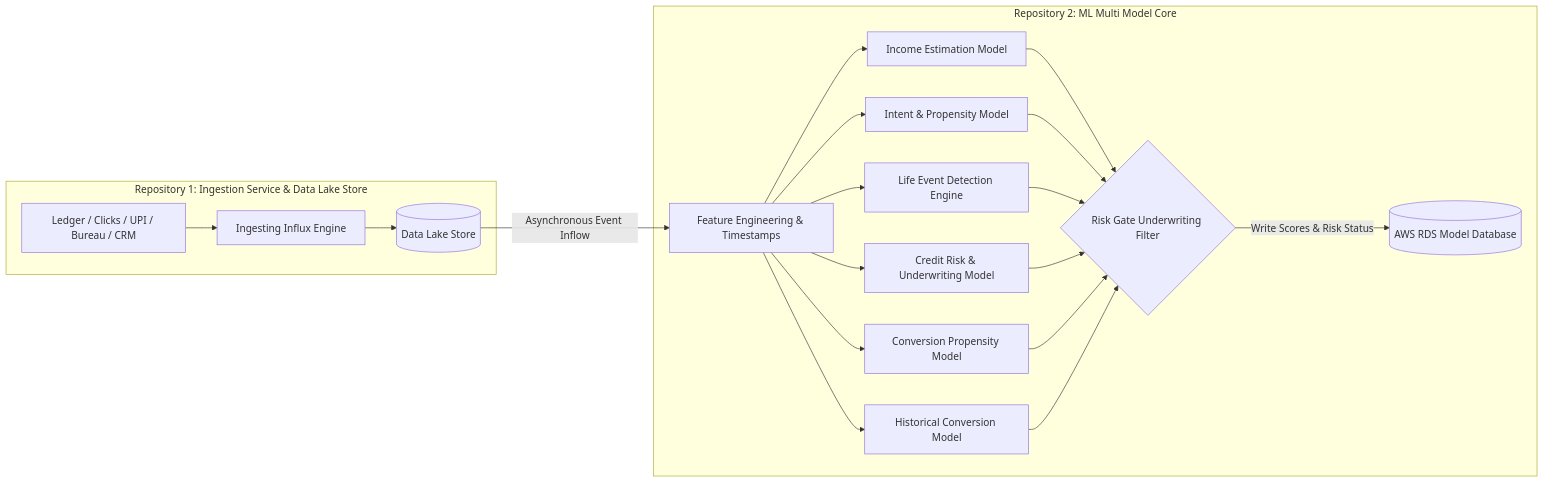
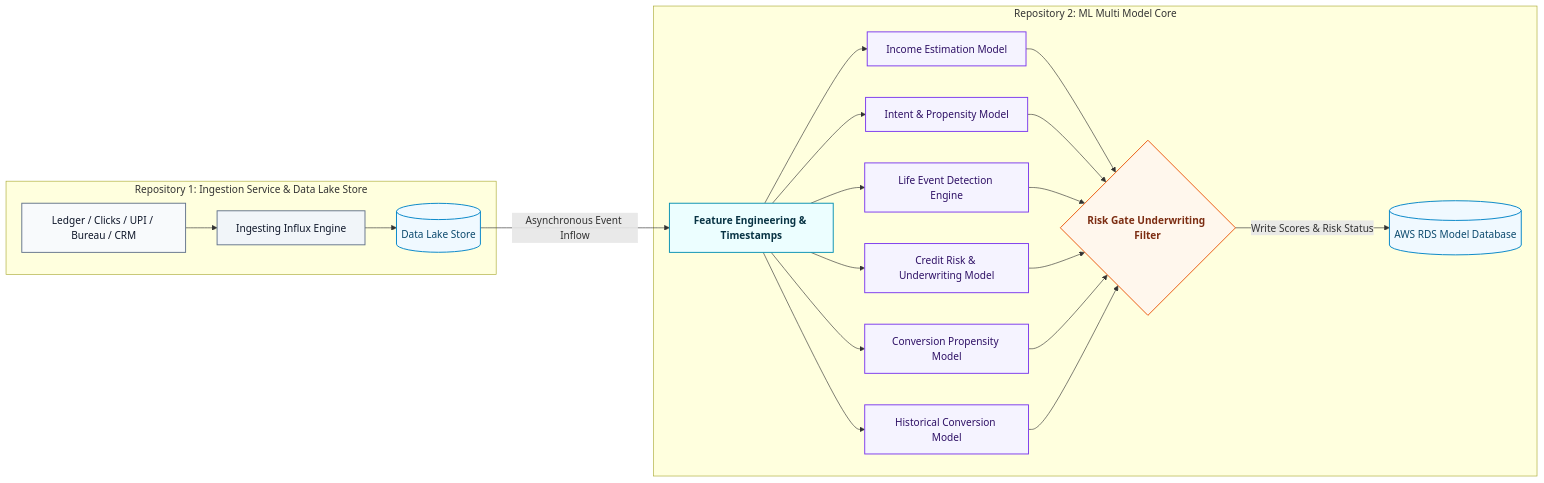
The second of 3 diagrams in README.md (chiraghs/Alpha-Fin), drawn with Mermaid before and after one commit. The commit also changed other lines of this file, not shown here.

Commit message:
Update Mermaid System architecture

````diff
--- a/README.md
+++ b/README.md
@@ -131,40 +148,55 @@
 ```mermaid
 graph LR
     %% REPOSITORIES 1 & 2: DATA & MODEL PIPELINES (Side-by-Side)
     subgraph Repo1 ["Repository 1: Ingestion Service & Data Lake Store"]
         Feeds["Ledger / Clicks / UPI / Bureau / CRM"] --> Ingest["Ingesting Influx Engine"]
         Ingest --> Lake[(Data Lake Store)]
     end
 
     subgraph Repo2 ["Repository 2: ML Multi Model Core"]
         FE["Feature Engineering & Timestamps"]
         
         Income["Income Estimation Model"]
         Intent["Intent & Propensity Model"]
         LifeEvents["Life Event Detection Engine"]
         RiskModel["Credit Risk & Underwriting Model"]
         Conversion["Conversion Propensity Model"]
         History["Historical Conversion Model"]
         
         %% Feature Engineering branches out to each model
         FE --> Income
         FE --> Intent
         FE --> LifeEvents
         FE --> RiskModel
         FE --> Conversion
         FE --> History
         
         %% Models feed into Risk Underwriting Gate
         Income --> Risk{"Risk Gate Underwriting Filter"}
         Intent --> Risk
         LifeEvents --> Risk
         RiskModel --> Risk
         Conversion --> Risk
         History --> Risk
         
         Risk -->|Write Scores & Risk Status| RDS2[(AWS RDS Model Database)]
     end
 
     %% Horizontal Side-by-Side Data Flow (Single entry point into Repo 2)
     Lake -->|Asynchronous Event Inflow| FE
+
+    %% Beautiful Professional Slate & Pastel Styling Definitions
+    classDef source fill:#f8fafc,stroke:#64748b,stroke-width:1.5px,color:#0f172a;
+    classDef server fill:#ecfeff,stroke:#0891b2,stroke-width:1.5px,color:#083344,font-weight:bold;
+    classDef database fill:#f0f9ff,stroke:#0284c7,stroke-width:1.5px,color:#0c4a6e;
+    classDef model fill:#f5f3ff,stroke:#7c3aed,stroke-width:1.5px,color:#2e1065;
+    classDef filter fill:#fff7ed,stroke:#ea580c,stroke-width:1.5px,color:#7c2d12,font-weight:bold;
+    classDef gateway fill:#f1f5f9,stroke:#64748b,stroke-width:1.5px,color:#0f172a;
+
+    class Feeds source;
+    class Ingest gateway;
+    class Lake,RDS2 database;
+    class FE server;
+    class Income,Intent,LifeEvents,RiskModel,Conversion,History model;
+    class Risk filter;
 ```
````
